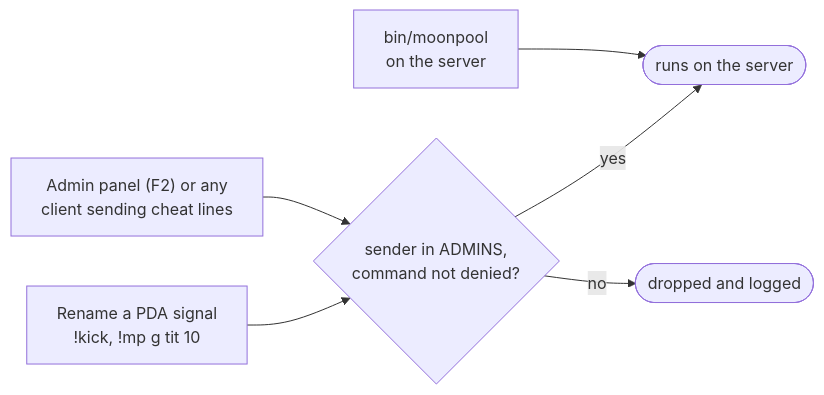
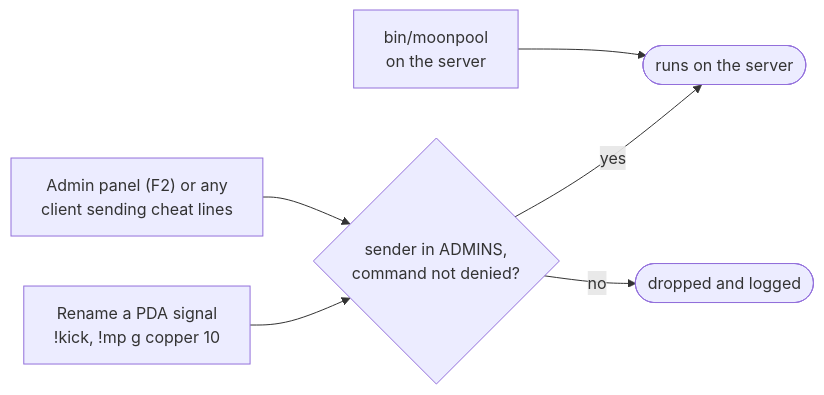
One commit to moonpool-server/moonpool changed the diagram in docs/admin.md. Above: the diagram before and after it, drawn with Mermaid. The commit also changed other lines of this file and 4 other files, not shown here.

````diff
--- a/docs/admin.md
+++ b/docs/admin.md
@@ -5,9 +5,9 @@
 ```mermaid
 flowchart LR
-  sig["Rename a PDA signal<br/>!kick, !mp g tit 10"] --> gate
+  sig["Rename a PDA signal<br/>!kick, !mp g copper 10"] --> gate
   panel["Admin panel (F2) or any<br/>client sending cheat lines"] --> gate
   gate{"sender in ADMINS,<br/>command not denied?"}
   gate -- yes --> run(["runs on the server"])
   gate -- no --> drop(["dropped and logged"])
   shell["bin/moonpool<br/>on the server"] --> run
 ```
````
